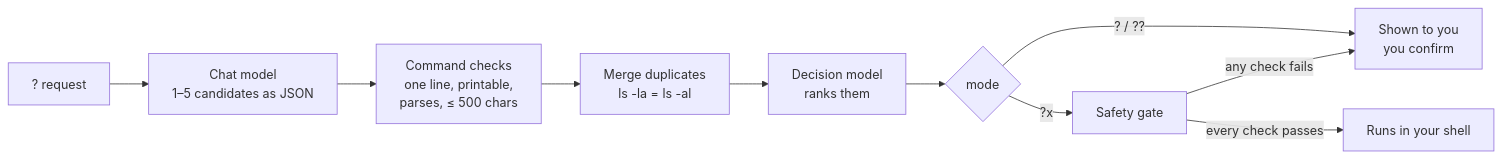
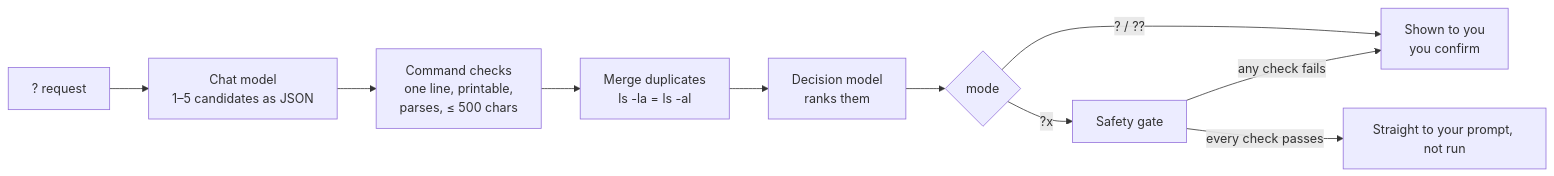
Before and after one commit to tanepiper/termite: the diagram in README.md, drawn with Mermaid. The commit also changed other lines of this file and 219 other files, not shown here.

````diff
--- a/README.md
+++ b/README.md
@@ -144,12 +149,12 @@
 ```mermaid
 flowchart LR
     A["? request"] --> B["Chat model<br/>1–5 candidates as JSON"]
     B --> C["Command checks<br/>one line, printable,<br/>parses, ≤ 500 chars"]
     C --> D["Merge duplicates<br/>ls -la = ls -al"]
     D --> E["Decision model<br/>ranks them"]
     E --> F{mode}
     F -- "? / ??" --> G["Shown to you<br/>you confirm"]
     F -- "?x" --> H["Safety gate"]
-    H -- "every check passes" --> I["Runs in your shell"]
+    H -- "every check passes" --> I["Straight to your prompt, not run"]
     H -- "any check fails" --> G
 ```
````
